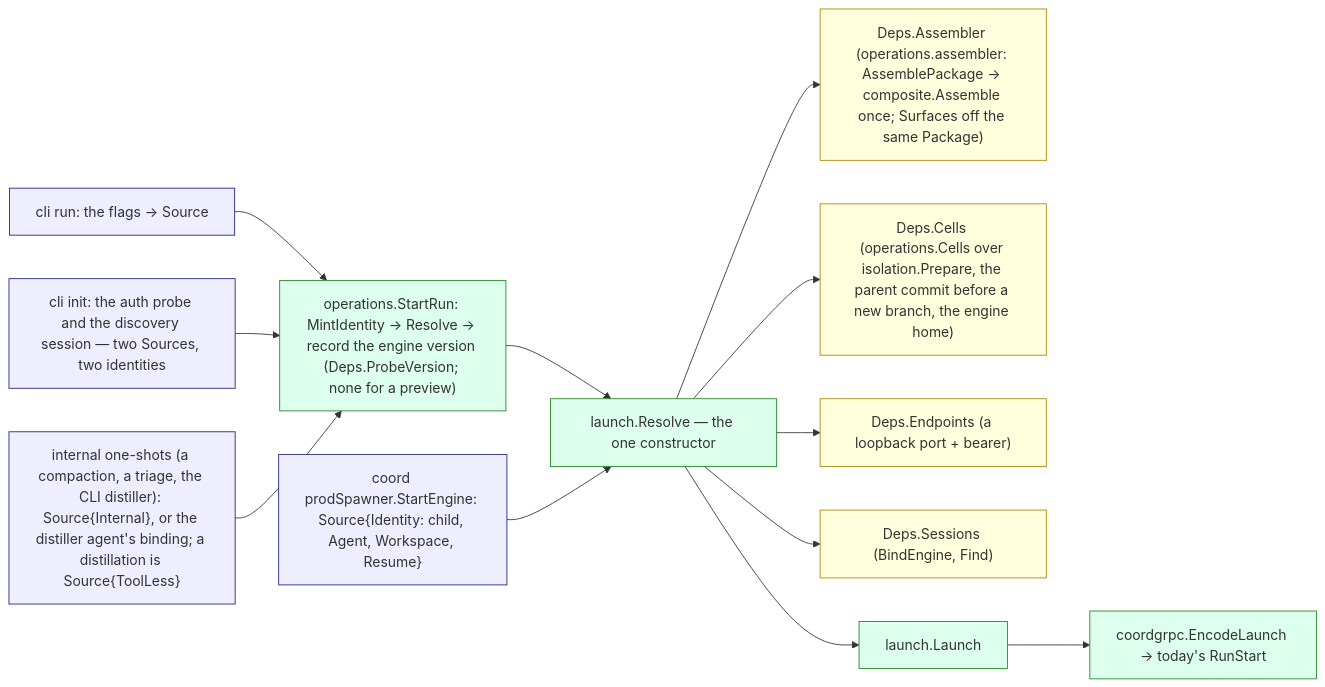
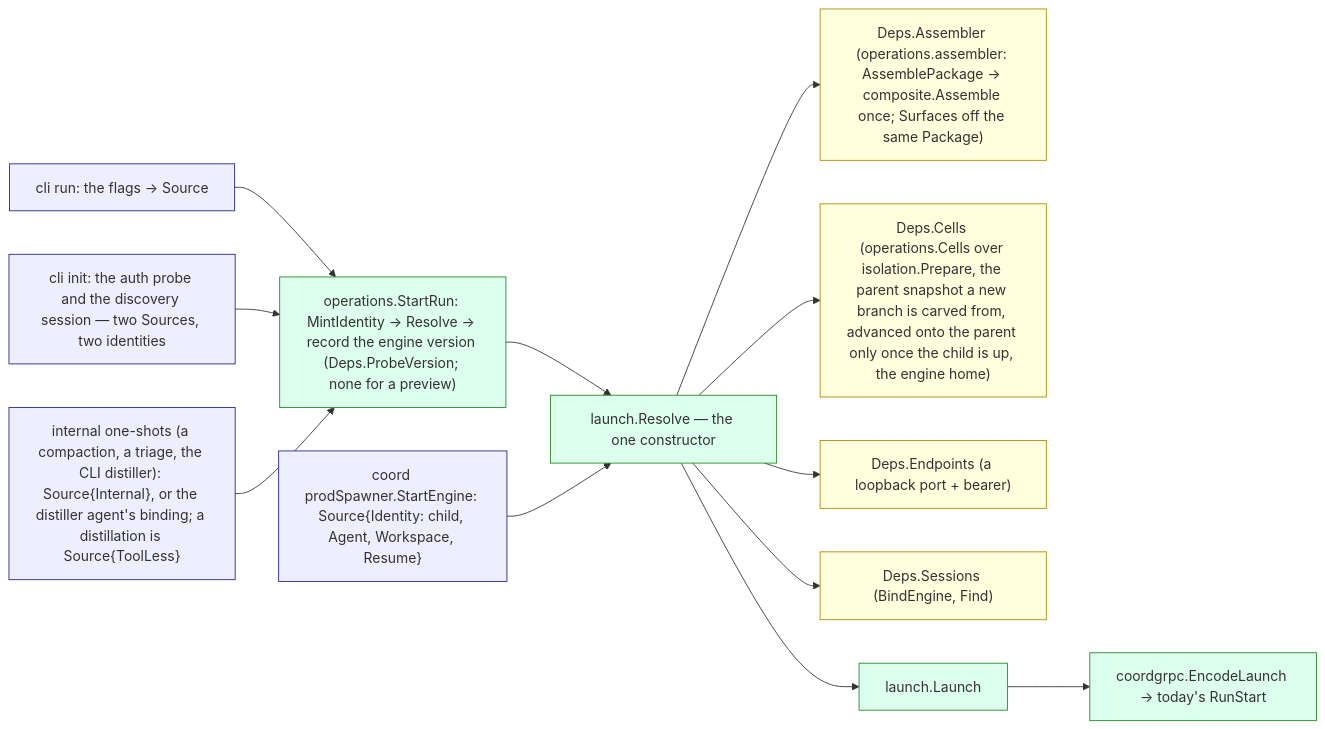
One commit to ctxloom/ctxloom changed the diagram in docs/architecture/core/launch.md. Above: the diagram before and after it, drawn with Mermaid. The commit also changed 25 other files, not shown here.

First line of the commit message:
fix(delegation): snapshot the parent off-branch; advance it only once the child is up

````diff
--- a/docs/architecture/core/launch.md
+++ b/docs/architecture/core/launch.md
@@ -20,22 +20,22 @@
 ```mermaid
 flowchart LR
   classDef src fill:#eef,stroke:#228
   classDef core fill:#dfe,stroke:#282
   classDef port fill:#ffd,stroke:#a80
   RUN["cli run: the flags → Source"]:::src
   INIT["cli init: the auth probe and the discovery session — two Sources, two identities"]:::src
   ONE["internal one-shots (a compaction, a triage, the CLI distiller): Source{Internal}, or the distiller agent's binding; a distillation is Source{ToolLess}"]:::src
   SPAWN["coord prodSpawner.StartEngine: Source{Identity: child, Agent, Workspace, Resume}"]:::src
   START["operations.StartRun: MintIdentity → Resolve → record the engine version (Deps.ProbeVersion; none for a preview)"]:::core
   RES["launch.Resolve — the one constructor"]:::core
   ASM["Deps.Assembler (operations.assembler: AssemblePackage → composite.Assemble once; Surfaces off the same Package)"]:::port
-  CELLS["Deps.Cells (operations.Cells over isolation.Prepare, the parent commit before a new branch, the engine home)"]:::port
+  CELLS["Deps.Cells (operations.Cells over isolation.Prepare, the parent snapshot a new branch is carved from, advanced onto the parent only once the child is up, the engine home)"]:::port
   EPM["Deps.Endpoints (a loopback port + bearer)"]:::port
   STORE["Deps.Sessions (BindEngine, Find)"]:::port
   L["launch.Launch"]:::core
   ENC["coordgrpc.EncodeLaunch → today's RunStart"]:::core
   RUN & INIT & ONE --> START --> RES
   SPAWN --> RES
   RES --> ASM & CELLS & EPM & STORE
   RES --> L --> ENC
 ```
````
